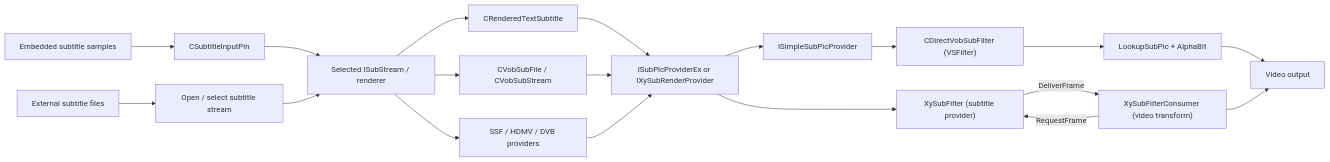
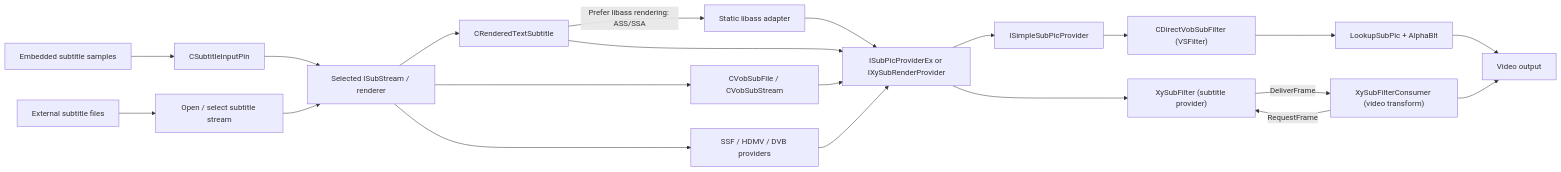
Before and after one commit to bLightZP/xy-VSFilter: the second of 2 diagrams in docs/knowledge-graph.md, drawn with Mermaid. The commit also changed other lines of this file and 98 other files, not shown here.

````diff
--- a/docs/knowledge-graph.md
+++ b/docs/knowledge-graph.md
@@ -30,25 +34,27 @@
 ```mermaid
 flowchart LR
     External["External subtitle files"] --> Load["Open / select subtitle stream"]
     Embedded["Embedded subtitle samples"] --> InputPin["CSubtitleInputPin"]
     InputPin --> Source["Selected ISubStream / renderer"]
     Load --> Source
 
     Source --> Text["CRenderedTextSubtitle"]
+    Text -->|"Prefer libass rendering: ASS/SSA"| Libass["Static libass adapter"]
+    Libass --> Provider
     Source --> Bitmap["CVobSubFile / CVobSubStream"]
     Source --> Other["SSF / HDMV / DVB providers"]
 
     Text --> Provider["ISubPicProviderEx or IXySubRenderProvider"]
     Bitmap --> Provider
     Other --> Provider
 
     Provider --> Simple["ISimpleSubPicProvider"]
     Simple --> VS["CDirectVobSubFilter (VSFilter)"]
     VS --> Blend["LookupSubPic + AlphaBlt"]
     Blend --> Video["Video output"]
 
     Provider --> XY["XySubFilter (subtitle provider)"]
     Consumer["XySubFilterConsumer (video transform)"] -->|RequestFrame| XY
     XY -->|DeliverFrame| Consumer
     Consumer --> Video
 ```
````
